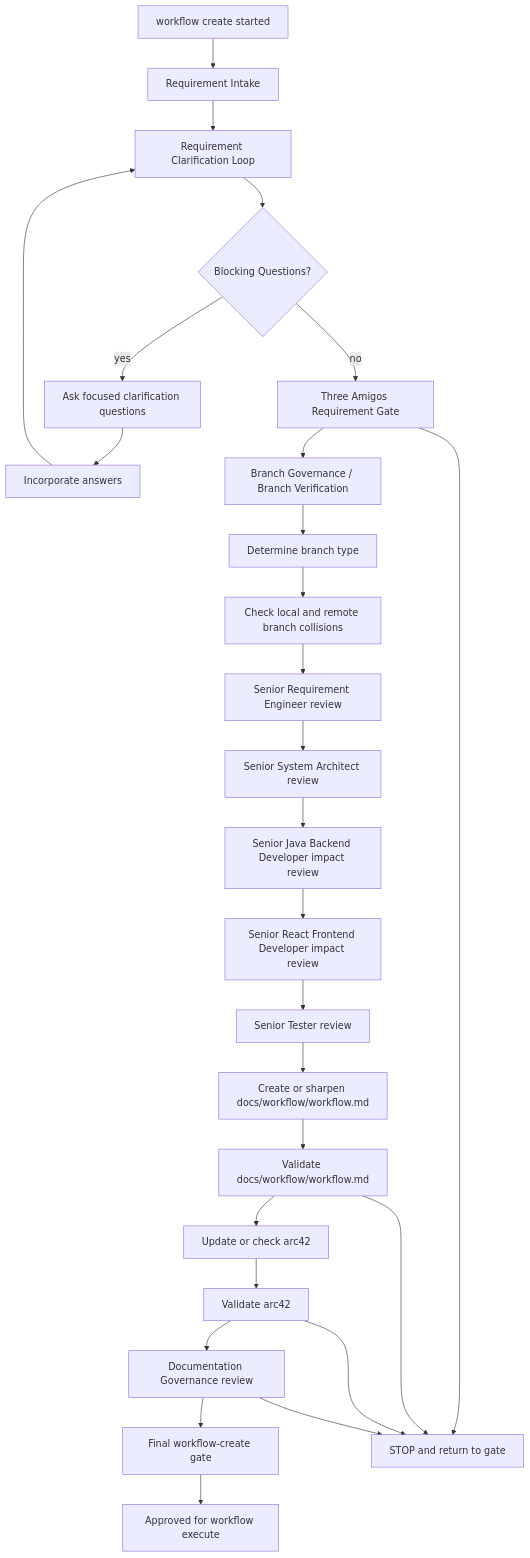
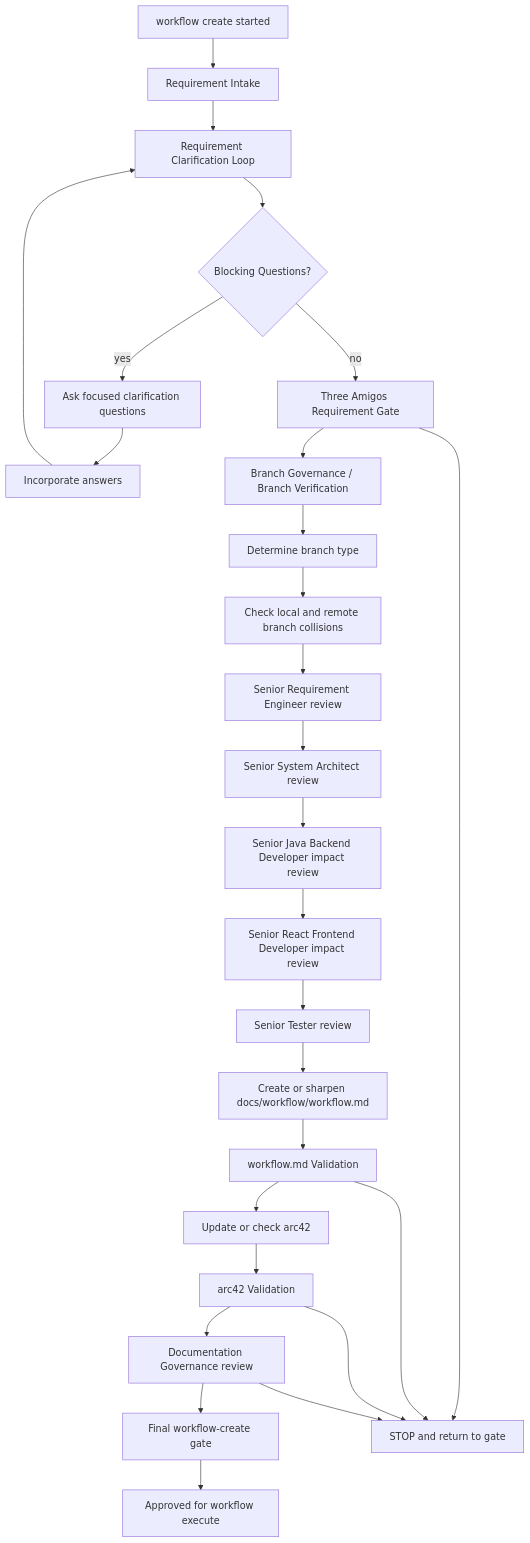
Before and after one commit to MatthiasBurger-Coder/forensic_analytics: the diagram in docs/process/workflow-create.md, drawn with Mermaid. The commit also changed other lines of this file and 9 other files, not shown here.

````diff
--- a/docs/process/workflow-create.md
+++ b/docs/process/workflow-create.md
@@ -15,35 +15,35 @@
 ```mermaid
 flowchart TD
   Start["workflow create started"]
   Intake["Requirement Intake"]
   Clarify["Requirement Clarification Loop"]
   Questions{"Blocking Questions?"}
   Ask["Ask focused clarification questions"]
   Answers["Incorporate answers"]
   Gate["Three Amigos Requirement Gate"]
   Branch["Branch Governance / Branch Verification"]
   Type["Determine branch type"]
   Collision["Check local and remote branch collisions"]
   Req["Senior Requirement Engineer review"]
   Arch["Senior System Architect review"]
   Backend["Senior Java Backend Developer impact review"]
   Frontend["Senior React Frontend Developer impact review"]
   Tester["Senior Tester review"]
   Workflow["Create or sharpen docs/workflow/workflow.md"]
-  ValidateWorkflow["Validate docs/workflow/workflow.md"]
+  ValidateWorkflow["workflow.md Validation"]
   Arc42["Update or check arc42"]
-  ValidateArc42["Validate arc42"]
+  ValidateArc42["arc42 Validation"]
   Docs["Documentation Governance review"]
   Final["Final workflow-create gate"]
   Ready["Approved for workflow execute"]
   Stop["STOP and return to gate"]
 
   Start --> Intake --> Clarify --> Questions
   Questions -- "yes" --> Ask --> Answers --> Clarify
   Questions -- "no" --> Gate --> Branch --> Type --> Collision
   Collision --> Req --> Arch --> Backend --> Frontend --> Tester --> Workflow --> ValidateWorkflow --> Arc42 --> ValidateArc42 --> Docs --> Final --> Ready
   Gate --> Stop
   ValidateWorkflow --> Stop
   ValidateArc42 --> Stop
   Docs --> Stop
 ```
````
